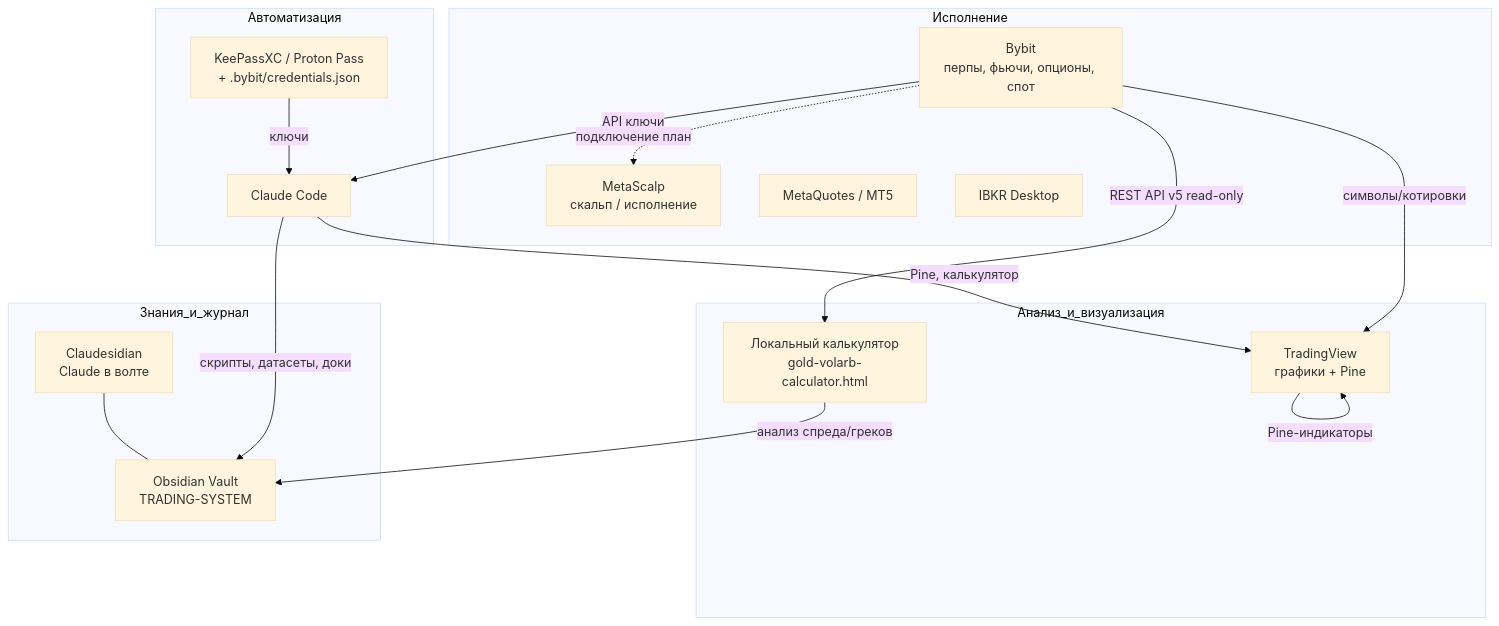
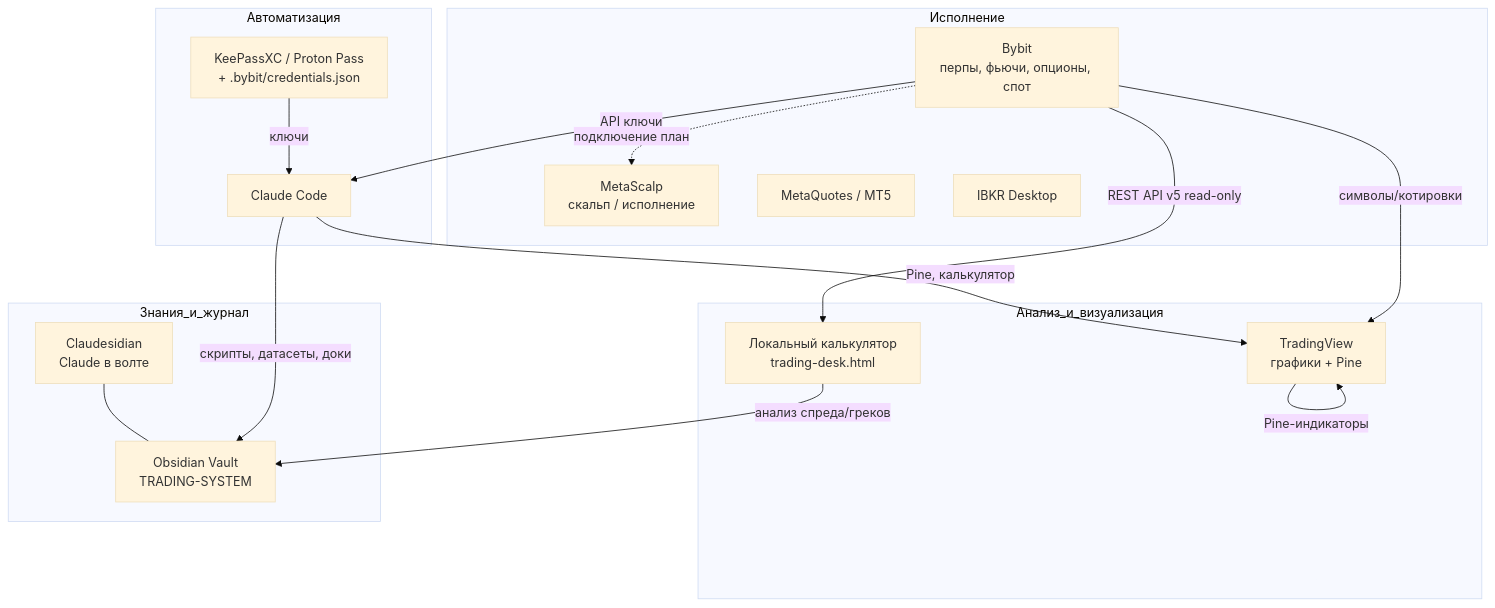
One commit to RomanBoreyko/R_proj changed the diagram in TRADING-SYSTEM/09-INFRASTRUCTURE.md. Above: the diagram before and after it, drawn with Mermaid (base theme). The commit also changed other lines of this file and 2 other files, not shown here.

Commit message:
feat: rename калькулятора + чистка вкладок + БШМ/индекс-режимы [DEV]
- rename gold-volarb-calculator.html → trading-desk.html (имя устарело)
- убраны вкладки Структура + Спред (+ их JS calcStructure/buildSpread);
  вкладки теперь: Портфель · Право · График
- «Опцион 📈» → «График 📈»: переключатель Вид (маркет bid/ask · vs БШМ
  при фикс Реф-IV · индекс) + парсер символа; переиспользован BSM-прайсер bs()
- README + 09-INFRASTRUCTURE: имя файла, описание вкладок под D1/D2

````diff
--- a/TRADING-SYSTEM/09-INFRASTRUCTURE.md
+++ b/TRADING-SYSTEM/09-INFRASTRUCTURE.md
@@ -15,32 +15,32 @@
 ```mermaid
 graph TD
     subgraph Исполнение
         BYBIT[Bybit<br/>перпы, фьючи, опционы, спот]
         MSCALP[MetaScalp<br/>скальп / исполнение]
         MT[MetaQuotes / MT5]
         IBKR[IBKR Desktop]
     end
     subgraph Анализ_и_визуализация
         TV[TradingView<br/>графики + Pine]
-        CALC[Локальный калькулятор<br/>gold-volarb-calculator.html]
+        CALC[Локальный калькулятор<br/>trading-desk.html]
     end
     subgraph Знания_и_журнал
         OBS[Obsidian Vault<br/>TRADING-SYSTEM]
         CLAUDIAN[Claudesidian<br/>Claude в волте]
     end
     subgraph Автоматизация
         CC[Claude Code]
         SECRETS[KeePassXC / Proton Pass<br/>+ .bybit/credentials.json]
     end
 
     BYBIT -->|REST API v5 read-only| CALC
     BYBIT -->|API ключи| CC
     BYBIT -.->|подключение план| MSCALP
     BYBIT -->|символы/котировки| TV
     TV -->|Pine-индикаторы| TV
     CALC -->|анализ спреда/греков| OBS
     CC -->|скрипты, датасеты, доки| OBS
     CC -->|Pine, калькулятор| TV
     SECRETS -->|ключи| CC
     CLAUDIAN --- OBS
 ```
````
